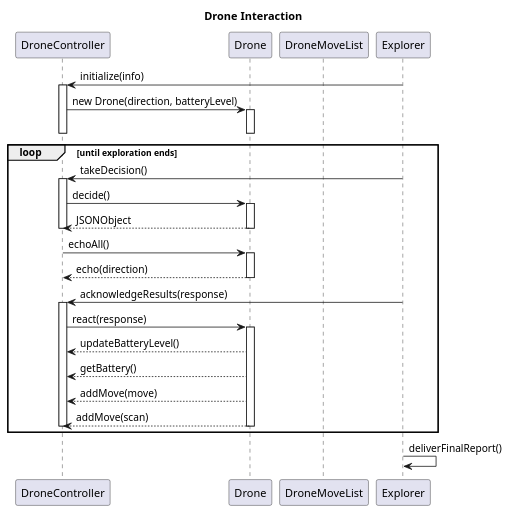
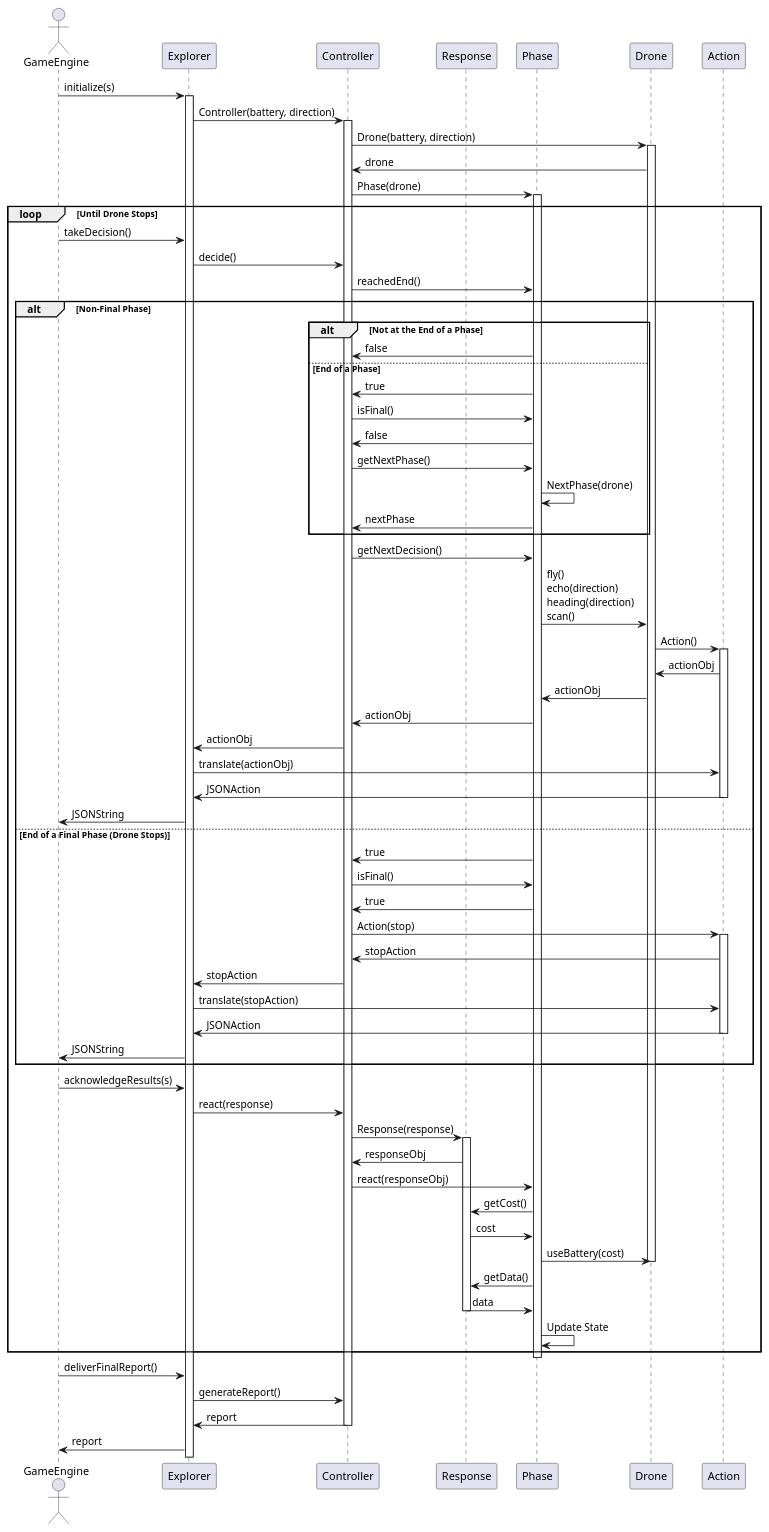
One commit to vikramC04/island-rescue-mission changed the diagram in src/plantuml/sequence.plantuml. Above: the diagram before and after it, drawn with PlantUML. The commit also changed 26 other files, not shown here.

Commit message:
Created uml diagrams and refactored some packages

```diff
--- a/src/plantuml/sequence.plantuml
+++ b/src/plantuml/sequence.plantuml
@@ -1,45 +1,82 @@
-@startuml
+@startuml High Level Sequence Diagram
 
-title Drone Interaction
+actor GameEngine
+participant Explorer
+participant Controller
+participant Response
+participant Phase
+participant Drone
+participant Action
 
-participant DroneController
-participant Drone
-participant DroneMoveList
-participant Explorer
-
-Explorer -> DroneController: initialize(info)
-activate DroneController
-DroneController -> Drone: new Drone(direction, batteryLevel)
+GameEngine -> Explorer: initialize(s)
+activate Explorer
+Explorer -> Controller: Controller(battery, direction)
+activate Controller
+Controller -> Drone: Drone(battery, direction)
 activate Drone
-deactivate Drone
-deactivate DroneController
-
-loop until exploration ends
-    Explorer -> DroneController: takeDecision()
-    activate DroneController
-    DroneController -> Drone: decide()
-    activate Drone
-    Drone --> DroneController: JSONObject
+Drone -> Controller: drone
+Controller -> Phase: Phase(drone)
+activate Phase
+loop Until Drone Stops
+    GameEngine -> Explorer: takeDecision()
+    Explorer -> Controller: decide()
+    Controller -> Phase: reachedEnd()
+    alt Non-Final Phase
+        alt Not at the End of a Phase
+            Phase -> Controller: false
+        else End of a Phase
+            Phase -> Controller: true
+            Controller -> Phase: isFinal()
+            Phase -> Controller: false
+            Controller -> Phase: getNextPhase()
+            Phase -> Phase: NextPhase(drone)
+            Phase -> Controller: nextPhase
+        end
+        Controller -> Phase: getNextDecision()
+        Phase -> Drone: fly()\necho(direction)\nheading(direction)\nscan()
+        Drone -> Action: Action()
+        activate Action
+        Action -> Drone: actionObj
+        Drone -> Phase: actionObj
+        Phase -> Controller: actionObj
+        Controller -> Explorer: actionObj
+        Explorer -> Action: translate(actionObj)
+        Action -> Explorer: JSONAction
+        deactivate Action
+        Explorer -> GameEngine: JSONString
+    else End of a Final Phase (Drone Stops)
+        Phase -> Controller: true
+        Controller -> Phase: isFinal()
+        Phase -> Controller: true
+        Controller -> Action: Action(stop)
+        activate Action
+        Action -> Controller: stopAction
+        Controller -> Explorer: stopAction
+        Explorer -> Action: translate(stopAction)
+        Action -> Explorer: JSONAction
+        deactivate Action
+        Explorer -> GameEngine: JSONString
+    end
+    GameEngine -> Explorer: acknowledgeResults(s)
+    Explorer -> Controller: react(response)
+    Controller -> Response: Response(response)
+    activate Response
+    Response -> Controller: responseObj
+    Controller -> Phase: react(responseObj)
+    Phase -> Response: getCost()
+    Response -> Phase: cost
+    Phase -> Drone: useBattery(cost)
     deactivate Drone
-    deactivate DroneController
-
-    DroneController -> Drone: echoAll()
-    activate Drone
-    Drone --> DroneController: echo(direction)
-    deactivate Drone
-
-    Explorer -> DroneController: acknowledgeResults(response)
-    activate DroneController
-    DroneController -> Drone: react(response)
-    activate Drone
-    Drone --> DroneController: updateBatteryLevel()
-    Drone --> DroneController: getBattery()
-    Drone --> DroneController: addMove(move)
-    Drone --> DroneController: addMove(scan)
-    deactivate Drone
-    deactivate DroneController
+    Phase -> Response: getData()
+    Response -> Phase: data
+    deactivate Response
+    Phase -> Phase: Update State
 end
-
-Explorer -> Explorer: deliverFinalReport()
+deactivate Phase 
+GameEngine -> Explorer: deliverFinalReport()
+Explorer -> Controller: generateReport()
+Controller -> Explorer: report
+deactivate Controller
+Explorer -> GameEngine: report
 
 @enduml
```
